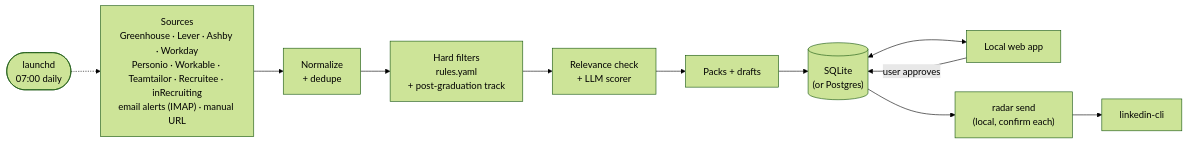
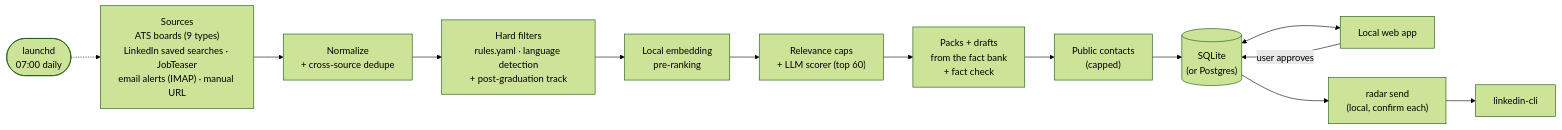
Before and after one commit to DanieleGiovanardi2408/speculor: the diagram in README.md, drawn with Mermaid (forest theme). The commit also changed other lines of this file and 2 other files, not shown here.

Commit message:
docs: sources, local-only design, pace table, pause behaviour, fact bank and contacts in README (EN/IT) and SOURCES

````diff
--- a/README.md
+++ b/README.md
@@ -37,13 +37,16 @@
 ```mermaid
 flowchart LR
     LD(["launchd<br/>07:00 daily"]) -.-> S
-    S["Sources<br/>Greenhouse · Lever · Ashby · Workday<br/>Personio · Workable · Teamtailor · Recruitee · inRecruiting<br/>email alerts (IMAP) · manual URL"] --> N["Normalize<br/>+ dedupe"]
-    N --> F["Hard filters<br/>rules.yaml<br/>+ post-graduation track"]
-    F --> L["Relevance check<br/>+ LLM scorer"]
-    L --> P["Packs + drafts"]
-    P --> DB[("SQLite<br/>(or Postgres)")]
+    S["Sources<br/>ATS boards (9 types)<br/>LinkedIn saved searches · JobTeaser<br/>email alerts (IMAP) · manual URL"] --> N["Normalize<br/>+ cross-source dedupe"]
+    N --> F["Hard filters<br/>rules.yaml · language detection<br/>+ post-graduation track"]
+    F --> E["Local embedding<br/>pre-ranking"]
+    E --> L["Relevance caps<br/>+ LLM scorer (top 60)"]
+    L --> P["Packs + drafts<br/>from the fact bank<br/>+ fact check"]
+    P --> C["Public contacts<br/>(capped)"]
+    C --> DB
+    DB[("SQLite<br/>(or Postgres)")]
     DB <--> W["Local web app"]
     W -->|"user approves"| DB
     DB --> SEND["radar send<br/>(local, confirm each)"]
     SEND --> LI["linkedin-cli"]
 ```
````
